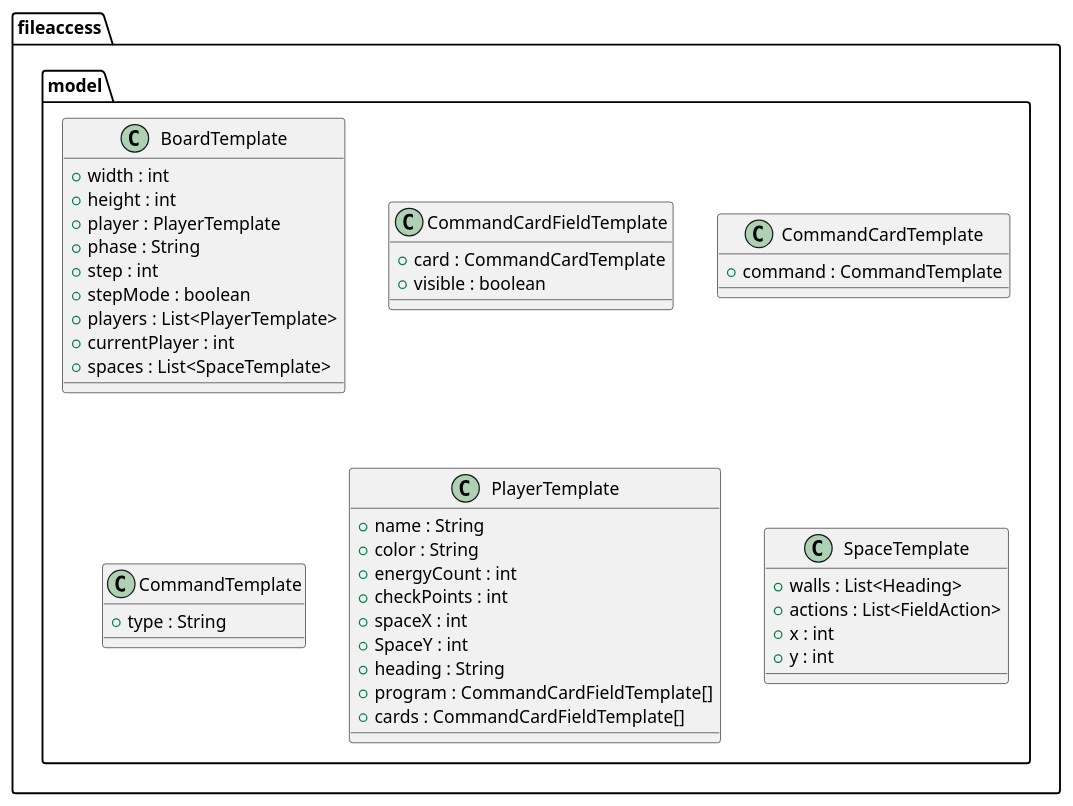
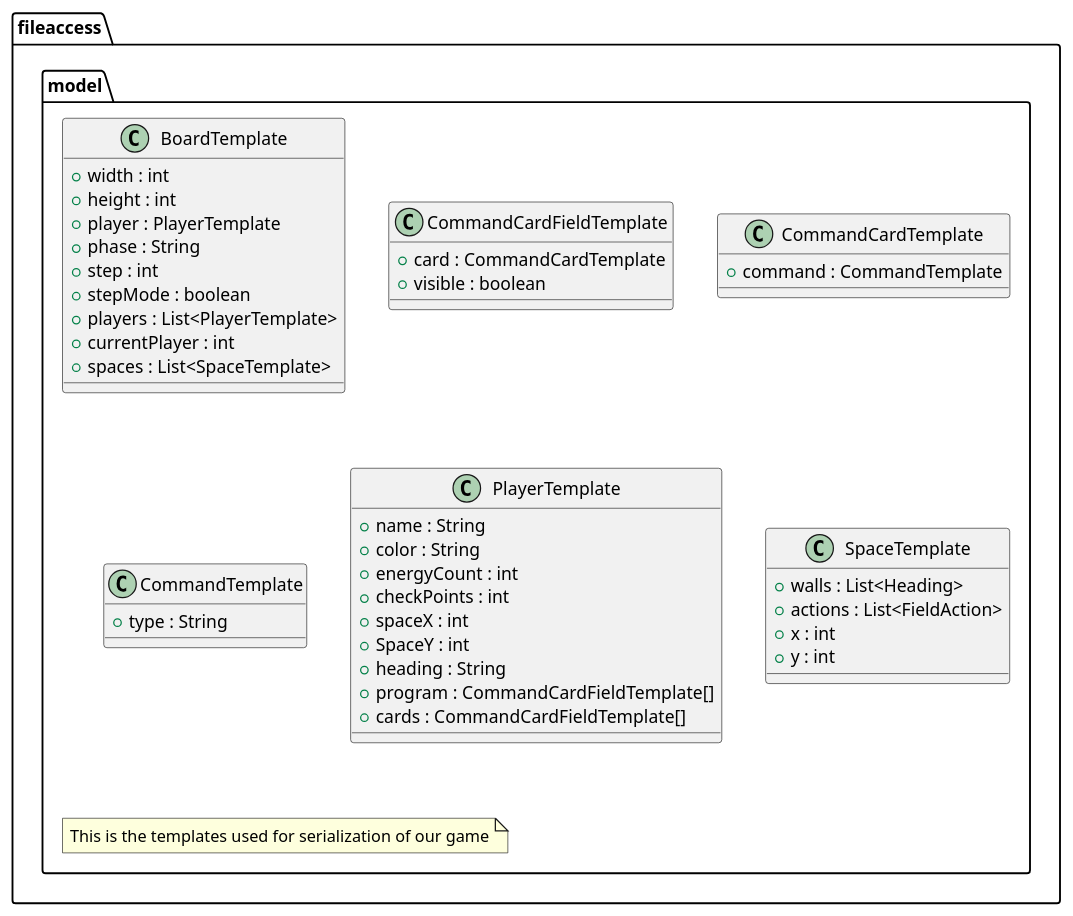
Before and after one commit to MikaelFangel/RoboRally: the diagram in diagrams/DesignClassDiagramPackageFIleaccessModel.puml, drawn with PlantUML. The commit also changed 3 other files, not shown here.

Commit message:
Updated some design class diagrams, and added some notes to explain briefly what the package does.

```diff
--- a/diagrams/DesignClassDiagramPackageFIleaccessModel.puml
+++ b/diagrams/DesignClassDiagramPackageFIleaccessModel.puml
@@ -1,43 +1,45 @@
 @startuml
 package fileaccess.model{
   class BoardTemplate{
       +width : int
       +height : int
       +player : PlayerTemplate
       +phase : String
       +step : int
       +stepMode : boolean
       +players : List<PlayerTemplate>
       +currentPlayer : int
       +spaces : List<SpaceTemplate>
   }
   class CommandCardFieldTemplate{
      +card : CommandCardTemplate
      +visible : boolean
   }
   class CommandCardTemplate{
      +command : CommandTemplate
   }
   class CommandTemplate{
      +type : String
   }
   class PlayerTemplate{
      +name : String
      +color : String
      +energyCount : int
      +checkPoints : int
      +spaceX : int
      +SpaceY : int
      +heading : String
      +program : CommandCardFieldTemplate[]
      +cards : CommandCardFieldTemplate[]
   }
   class SpaceTemplate{
      +walls : List<Heading>
      +actions : List<FieldAction>
      +x : int
      +y : int
   }
+
+  note "This is the templates used for serialization of our game" as note1
 }
 
 @enduml
```
